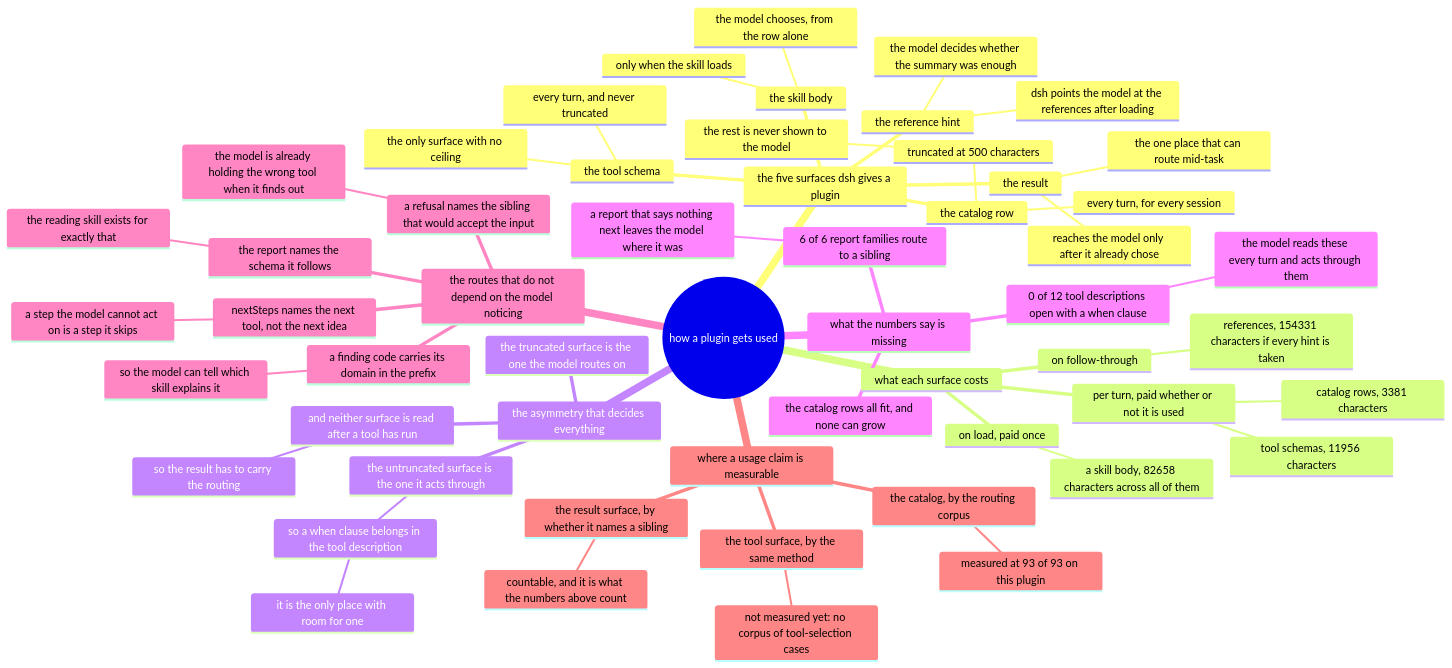
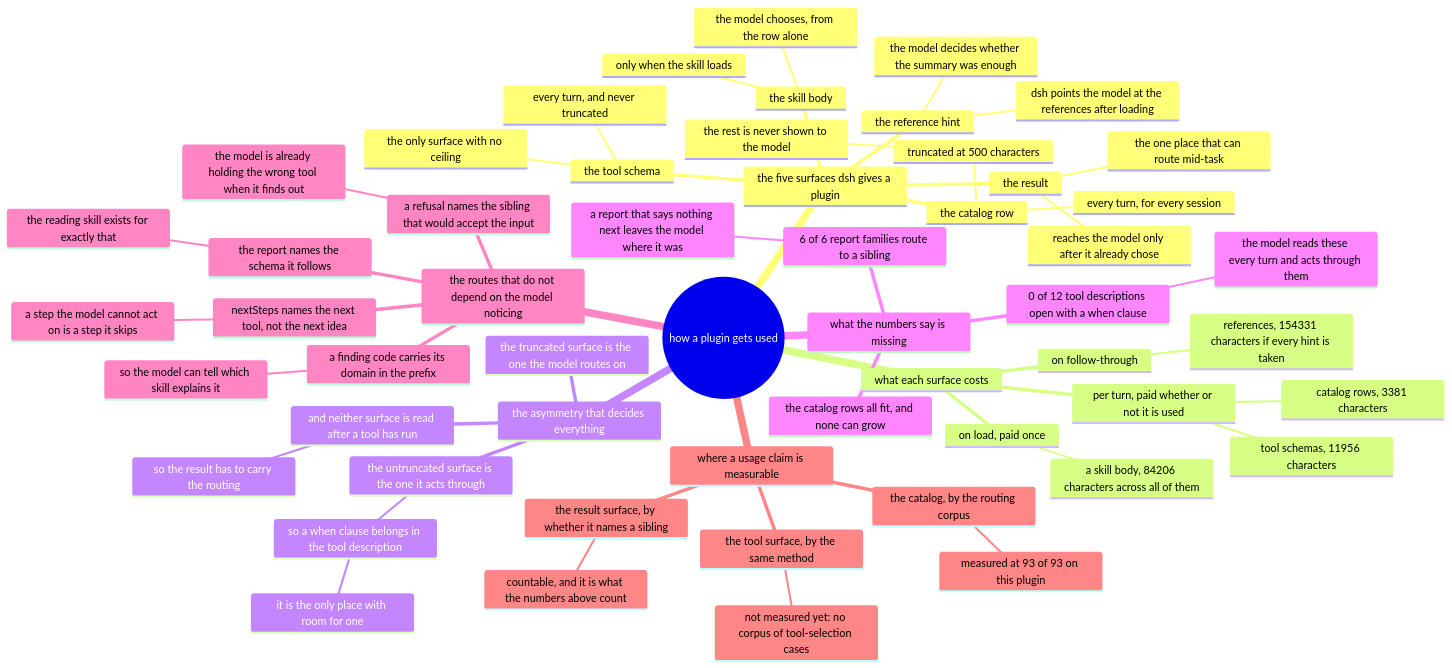
Before and after one commit to AmethystLuna/dsh-model-everything: the diagram in docs/usage/mindmap.mmd, drawn with Mermaid. The commit also changed 12 other files, not shown here.

```diff
--- a/docs/usage/mindmap.mmd
+++ b/docs/usage/mindmap.mmd
@@ -1,56 +1,56 @@
 mindmap
 root((how a plugin gets used))
   the five surfaces dsh gives a plugin
     the catalog row
       every turn, for every session
       truncated at 500 characters
         the rest is never shown to the model
     the skill body
       only when the skill loads
       the model chooses, from the row alone
     the reference hint
       dsh points the model at the references after loading
       the model decides whether the summary was enough
     the tool schema
       every turn, and never truncated
       the only surface with no ceiling
     the result
       reaches the model only after it already chose
       the one place that can route mid-task
   what each surface costs
     per turn, paid whether or not it is used
       catalog rows, 3381 characters
       tool schemas, 11956 characters
     on load, paid once
-      a skill body, 82658 characters across all of them
+      a skill body, 84206 characters across all of them
     on follow-through
       references, 154331 characters if every hint is taken
   the asymmetry that decides everything
     the truncated surface is the one the model routes on
     the untruncated surface is the one it acts through
       so a when clause belongs in the tool description
         it is the only place with room for one
     and neither surface is read after a tool has run
       so the result has to carry the routing
   what the numbers say is missing
     0 of 12 tool descriptions open with a when clause
       the model reads these every turn and acts through them
     6 of 6 report families route to a sibling
       a report that says nothing next leaves the model where it was
     the catalog rows all fit, and none can grow
   the routes that do not depend on the model noticing
     a refusal names the sibling that would accept the input
       the model is already holding the wrong tool when it finds out
     nextSteps names the next tool, not the next idea
       a step the model cannot act on is a step it skips
     a finding code carries its domain in the prefix
       so the model can tell which skill explains it
     the report names the schema it follows
       the reading skill exists for exactly that
   where a usage claim is measurable
     the catalog, by the routing corpus
       measured at 93 of 93 on this plugin
     the tool surface, by the same method
       not measured yet: no corpus of tool-selection cases
     the result surface, by whether it names a sibling
       countable, and it is what the numbers above count
```
